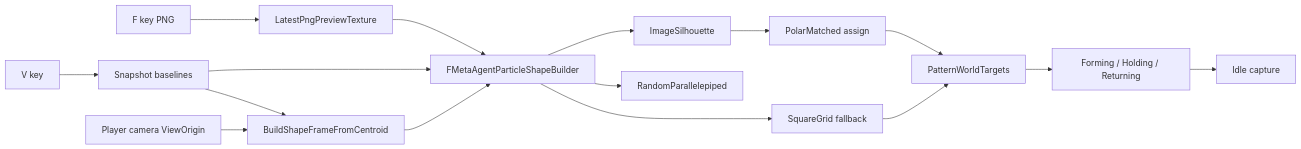
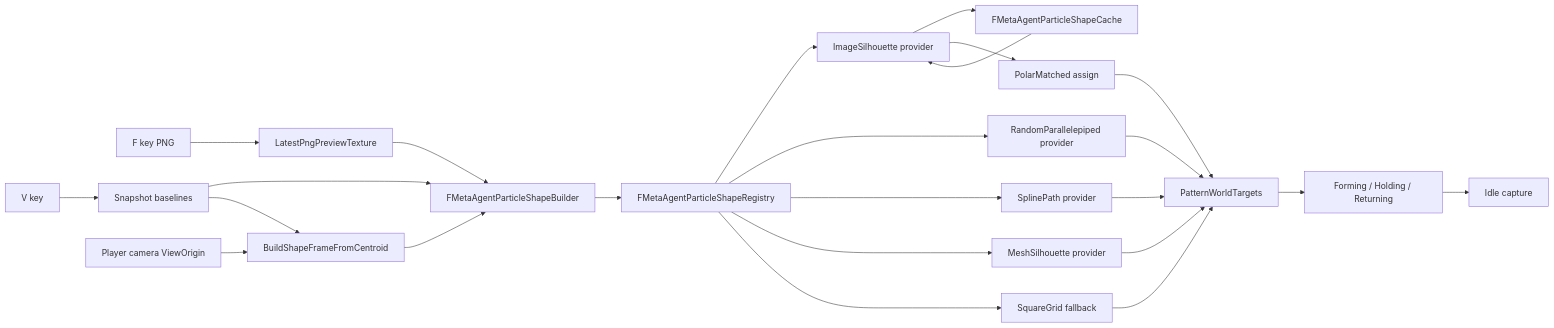
One commit to vecnode/metaagent-ue5-plugin changed diagram 13 of 14 in README.md. Above: the diagram before and after it, drawn with Mermaid. The commit also changed other lines of this file and 16 other files, not shown here.

````diff
--- a/README.md
+++ b/README.md
@@ -773,18 +777,26 @@
 ```mermaid
 flowchart LR
     F[F key PNG] --> TEX[LatestPngPreviewTexture]
     V[V key] --> SNAP[Snapshot baselines]
-    SNAP --> BUILD[FMetaAgentParticleShapeBuilder]
-    TEX --> BUILD
+    SNAP --> BUILDER[FMetaAgentParticleShapeBuilder]
+    TEX --> BUILDER
     CAM[Player camera ViewOrigin] --> FRAME[BuildShapeFrameFromCentroid]
     SNAP --> FRAME
-    FRAME --> BUILD
-    BUILD --> IMG[ImageSilhouette]
-    BUILD --> BOX[RandomParallelepiped]
-    BUILD --> GRID[SquareGrid fallback]
+    FRAME --> BUILDER
+    BUILDER --> REG[FMetaAgentParticleShapeRegistry]
+    REG --> IMG[ImageSilhouette provider]
+    REG --> BOX[RandomParallelepiped provider]
+    REG --> SPL[SplinePath provider]
+    REG --> MSH[MeshSilhouette provider]
+    REG --> GRID[SquareGrid fallback]
+    IMG --> CACHE[FMetaAgentParticleShapeCache]
+    CACHE --> IMG
     IMG --> ASSIGN[PolarMatched assign]
     ASSIGN --> TGT[PatternWorldTargets]
+    BOX --> TGT
+    SPL --> TGT
+    MSH --> TGT
     GRID --> TGT
     TGT --> CHOREO[Forming / Holding / Returning]
     CHOREO --> IDLE[Idle capture]
 ```
````
